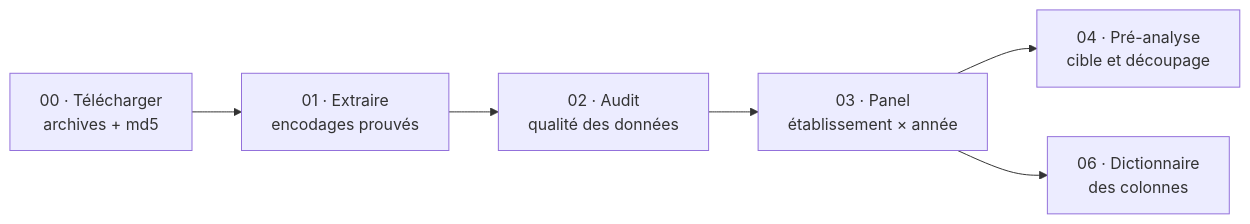
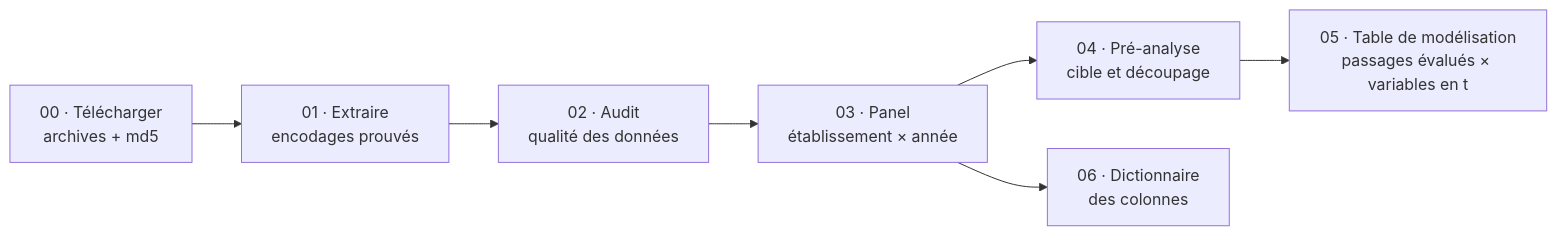
One commit to ousmane-soumah01/sae-decrochage-mco changed the diagram in README.md. Above: the diagram before and after it, drawn with Mermaid. The commit also changed other lines of this file and 3 other files, not shown here.

Commit message:
Table de modélisation : une ligne par passage évalué

````diff
--- a/README.md
+++ b/README.md
@@ -86,8 +87,9 @@
 ```mermaid
 flowchart LR
     A["00 · Télécharger<br/>archives + md5"] --> B["01 · Extraire<br/>encodages prouvés"]
     B --> C["02 · Audit<br/>qualité des données"]
     C --> D["03 · Panel<br/>établissement × année"]
     D --> E["04 · Pré-analyse<br/>cible et découpage"]
     D --> F["06 · Dictionnaire<br/>des colonnes"]
+    E --> G["05 · Table de modélisation<br/>passages évalués × variables en t"]
 ```
````
